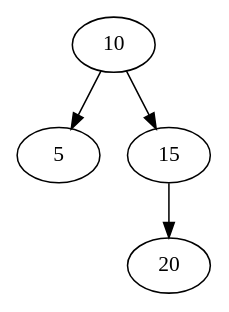
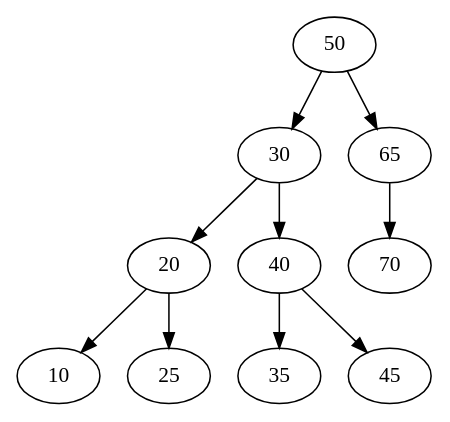
One commit to miray-mustafov/DSA changed the diagram in data_structures/tree/avl_tree/Digraph.gv. Above: the diagram before and after it, drawn with Graphviz. The commit also changed 3 other files, not shown here.

```diff
--- a/data_structures/tree/avl_tree/Digraph.gv
+++ b/data_structures/tree/avl_tree/Digraph.gv
@@ -1,9 +1,21 @@
 digraph {
+	50
+	50 -> 30
+	30
+	30 -> 20
+	20
+	20 -> 10
 	10
-	10 -> 5
-	5
-	10 -> 15
-	15
-	15 -> 20
-	20
+	20 -> 25
+	25
+	30 -> 40
+	40
+	40 -> 35
+	35
+	40 -> 45
+	45
+	50 -> 65
+	65
+	65 -> 70
+	70
 }
```
